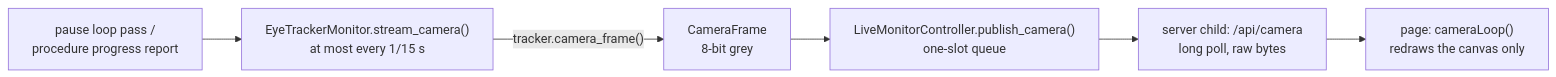
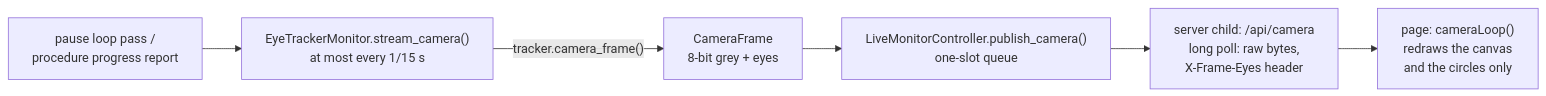
The third of 4 diagrams in docs/live_monitor.md (sh4r11f/alhazen), drawn with Mermaid before and after one commit. The commit also changed other lines of this file and 18 other files, not shown here.

````diff
--- a/docs/live_monitor.md
+++ b/docs/live_monitor.md
@@ -656,8 +667,8 @@
 ```mermaid
 flowchart LR
   L["pause loop pass /<br/>procedure progress report"] --> M["EyeTrackerMonitor.stream_camera()<br/>at most every 1/15 s"]
-  M -->|"tracker.camera_frame()"| F["CameraFrame<br/>8-bit grey"]
+  M -->|"tracker.camera_frame()"| F["CameraFrame<br/>8-bit grey + eyes"]
   F --> Q["LiveMonitorController.publish_camera()<br/>one-slot queue"]
-  Q --> C["server child: /api/camera<br/>long poll, raw bytes"]
-  C --> P["page: cameraLoop()<br/>redraws the canvas only"]
+  Q --> C["server child: /api/camera<br/>long poll: raw bytes,<br/>X-Frame-Eyes header"]
+  C --> P["page: cameraLoop()<br/>redraws the canvas<br/>and the circles only"]
 ```
````
